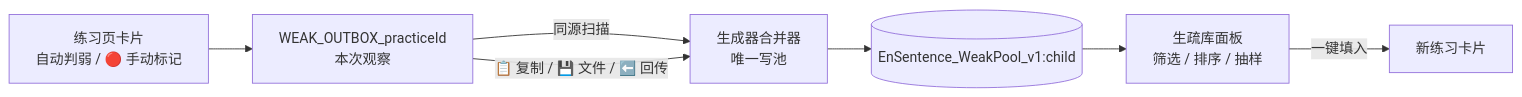
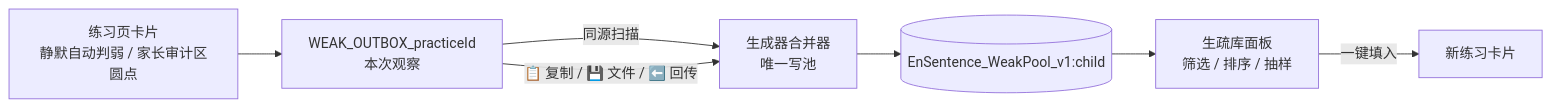
One commit to amro01/En_Sentence_HTML changed the diagram in README.md. Above: the diagram before and after it, drawn with Mermaid. The commit also changed other lines of this file and 21 other files, not shown here.

````diff
--- a/README.md
+++ b/README.md
@@ -42,9 +42,9 @@
 ```mermaid
 flowchart LR
-  A["练习页卡片<br/>自动判弱 / 🔴 手动标记"] --> B["WEAK_OUTBOX_practiceId<br/>本次观察"]
+  A["练习页卡片<br/>静默自动判弱 / 家长审计区圆点"] --> B["WEAK_OUTBOX_practiceId<br/>本次观察"]
   B -->|同源扫描| C["生成器合并器<br/>唯一写池"]
   B -->|📋 复制 / 💾 文件 / ⬅️ 回传| C
   C --> D[("EnSentence_WeakPool_v1:child")]
   D --> E["生疏库面板<br/>筛选 / 排序 / 抽样"]
   E -->|一键填入| F["新练习卡片"]
 ```
````
